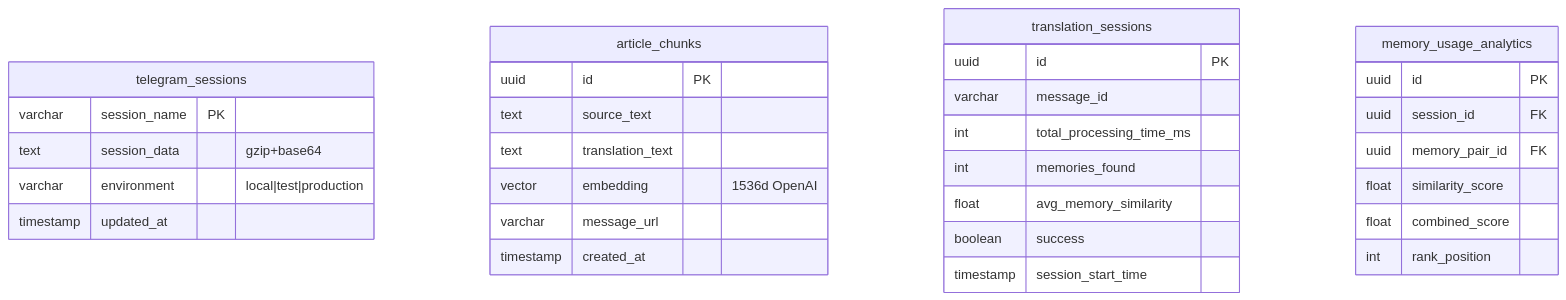
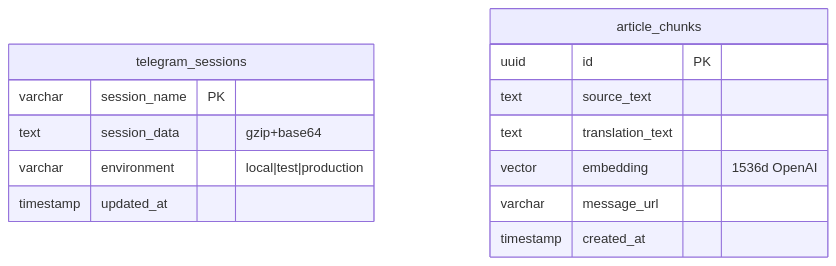
The diagram in docs/DATA-ARCHITECTURE.md (segalmax/telegram_zoomer), drawn with Mermaid before and after one commit. The commit also changed other lines of this file and 6 other files, not shown here.

````diff
--- a/docs/DATA-ARCHITECTURE.md
+++ b/docs/DATA-ARCHITECTURE.md
@@ -8,37 +8,18 @@
 ```mermaid
 erDiagram
     telegram_sessions {
         varchar session_name PK
         text session_data "gzip+base64"
         varchar environment "local|test|production"
         timestamp updated_at
     }
     
     article_chunks {
         uuid id PK
         text source_text
         text translation_text
         vector embedding "1536d OpenAI"
         varchar message_url
         timestamp created_at
     }
-    
-    translation_sessions {
-        uuid id PK
-        varchar message_id
-        int total_processing_time_ms
-        int memories_found
-        float avg_memory_similarity
-        boolean success
-        timestamp session_start_time
-    }
-    
-    memory_usage_analytics {
-        uuid id PK
-        uuid session_id FK
-        uuid memory_pair_id FK
-        float similarity_score
-        float combined_score
-        int rank_position
-    }
 ```
````
